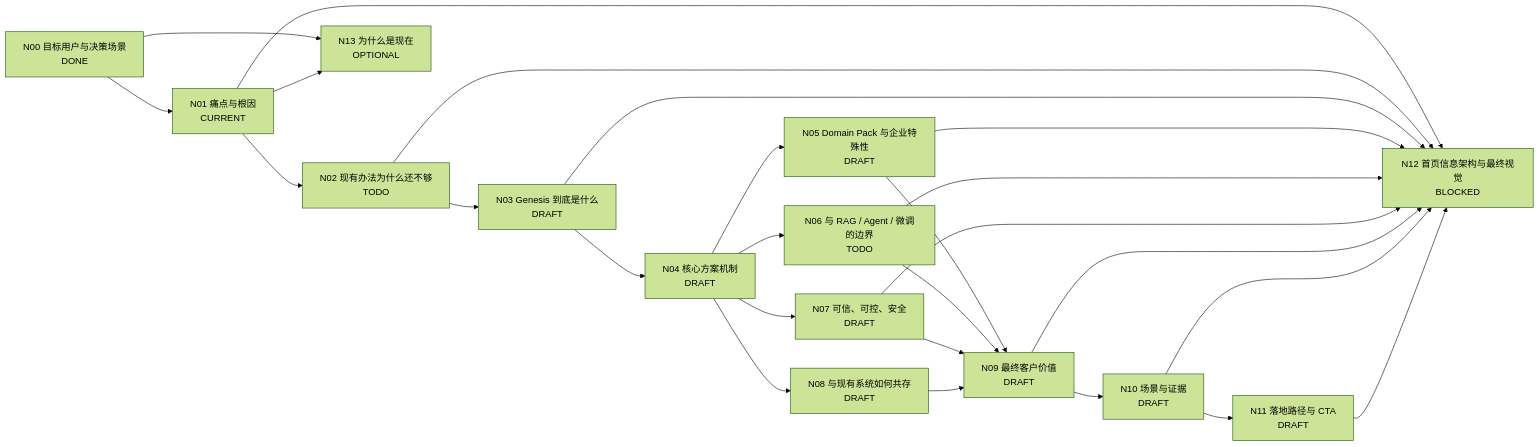
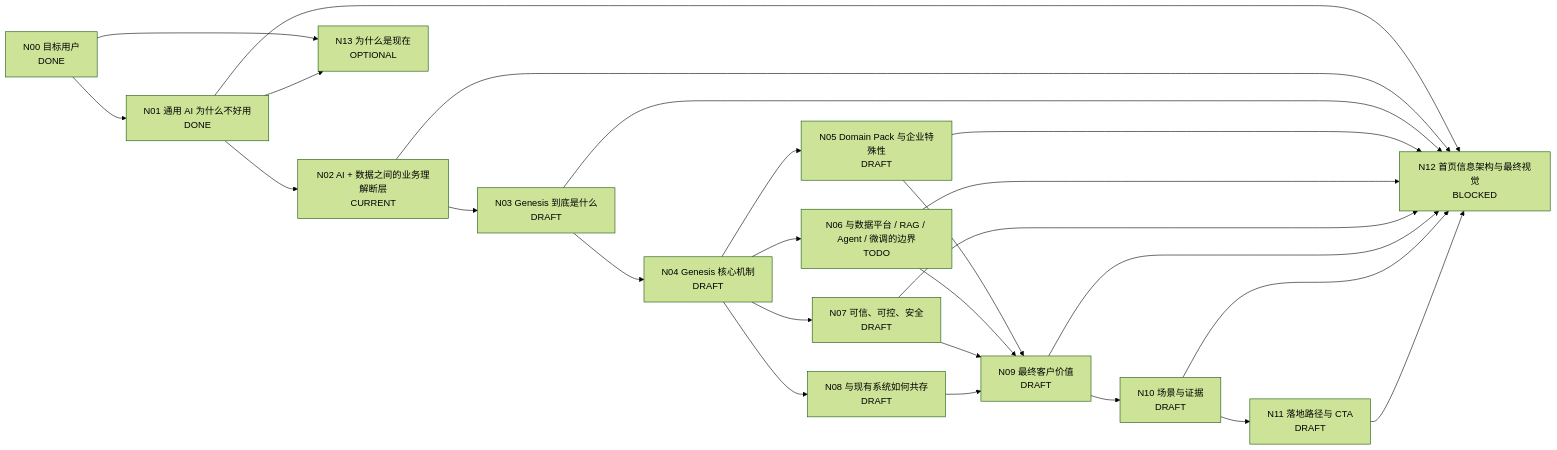
The diagram in docs/product-introduction-dag.md (stevenge-godscode/stevenge-godscode.github.io), drawn with Mermaid (forest theme) before and after one commit. The commit also changed other lines of this file, not shown here.

Commit message:
refine Genesis DAG around enterprise business context gap

````diff
--- a/docs/product-introduction-dag.md
+++ b/docs/product-introduction-dag.md
@@ -28,43 +25,43 @@
 ```mermaid
 flowchart LR
-    N00["N00 目标用户与决策场景\nDONE"]
-    N01["N01 痛点与根因\nCURRENT"]
-    N02["N02 现有办法为什么还不够\nTODO"]
+    N00["N00 目标用户\nDONE"]
+    N01["N01 通用 AI 为什么不好用\nDONE"]
+    N02["N02 AI + 数据之间的业务理解断层\nCURRENT"]
     N03["N03 Genesis 到底是什么\nDRAFT"]
-    N04["N04 核心方案机制\nDRAFT"]
+    N04["N04 Genesis 核心机制\nDRAFT"]
     N05["N05 Domain Pack 与企业特殊性\nDRAFT"]
-    N06["N06 与 RAG / Agent / 微调的边界\nTODO"]
+    N06["N06 与数据平台 / RAG / Agent / 微调的边界\nTODO"]
     N07["N07 可信、可控、安全\nDRAFT"]
     N08["N08 与现有系统如何共存\nDRAFT"]
     N09["N09 最终客户价值\nDRAFT"]
     N10["N10 场景与证据\nDRAFT"]
     N11["N11 落地路径与 CTA\nDRAFT"]
     N12["N12 首页信息架构与最终视觉\nBLOCKED"]
     N13["N13 为什么是现在\nOPTIONAL"]
 
     N00 --> N01
     N01 --> N02
     N02 --> N03
     N03 --> N04
     N04 --> N05
     N04 --> N06
     N04 --> N07
     N04 --> N08
     N05 --> N09
     N06 --> N09
     N07 --> N09
     N08 --> N09
     N09 --> N10
     N10 --> N11
     N01 --> N12
     N02 --> N12
     N03 --> N12
     N05 --> N12
     N06 --> N12
     N07 --> N12
     N09 --> N12
     N10 --> N12
     N11 --> N12
     N00 --> N13
     N01 --> N13
 ```
````
